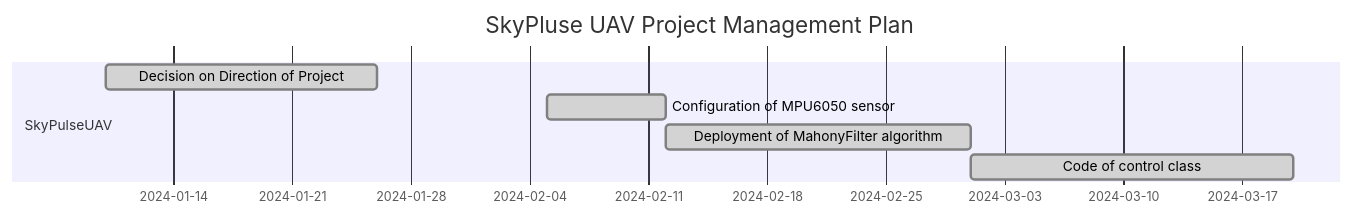
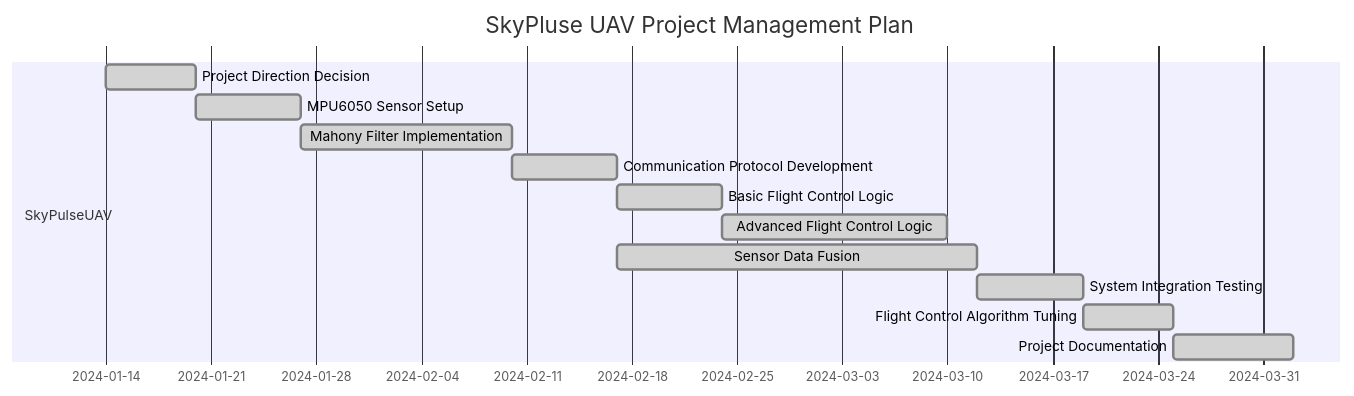
Before and after one commit to Tony-Btian/SkyPulseUAV: the diagram in README.md, drawn with Mermaid.

Commit message:
timetable

````diff
--- a/README.md
+++ b/README.md
@@ -41,13 +41,19 @@
 ```mermaid
 gantt
     title SkyPluse UAV Project Management Plan
     dateFormat  YYYY-MM-DD
     section SkyPulseUAV
 	todayMarker off
 	
-    Decision on Direction of Project     :done,   des1, 2024-01-10,2024-01-26
-    Configuration of MPU6050 sensor     :done,    des2, 2024-02-05, 2024-02-12
-    Deployment of MahonyFilter algorithm    :done,    des3, after des2, 2024-03-01
-    Code of control class  :done, des4, after des3, 2024-03-20
-
+    Project Direction Decision     :done,   des1, 2024-01-14,2024-01-20
+    MPU6050 Sensor Setup     :done,    des2, 2024-01-20, 2024-01-27
+    Mahony Filter Implementation    :done,    des3, after des2, 2024-02-10
+    Communication Protocol Development  :done, des4, after des3, 2024-02-17
+    Basic Flight Control Logic  :done, des5, after des4, 2024-02-24
+    Advanced Flight Control Logic  :done, des6, after des5, 2024-03-10
+    Sensor Data Fusion  :done, des6, after des4, 2024-03-12
+    System Integration Testing  :done, des7, after des6, 2024-03-19
+    Flight Control Algorithm Tuning  :done, des8, after des7, 2024-03-25
+    Project Documentation  :done, des9, after des8, 2024-04-02
+    
 ```
````
